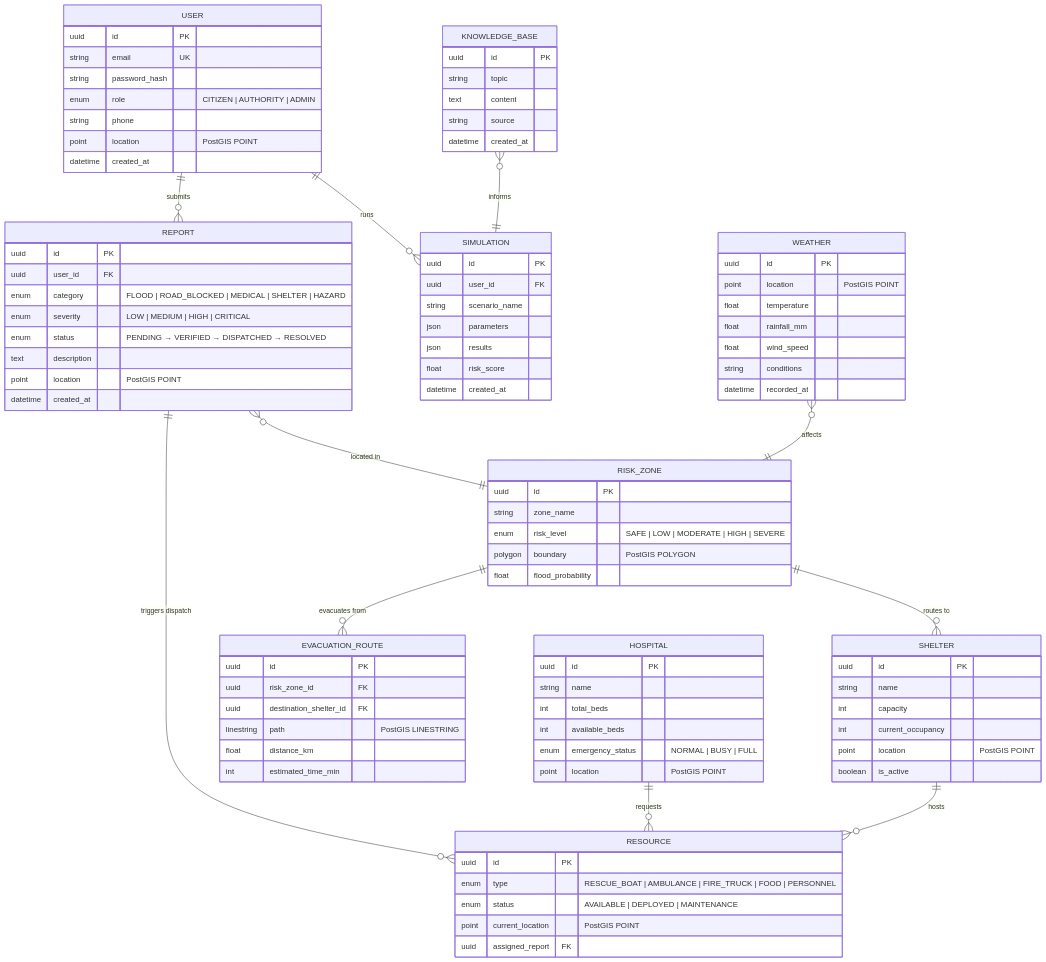
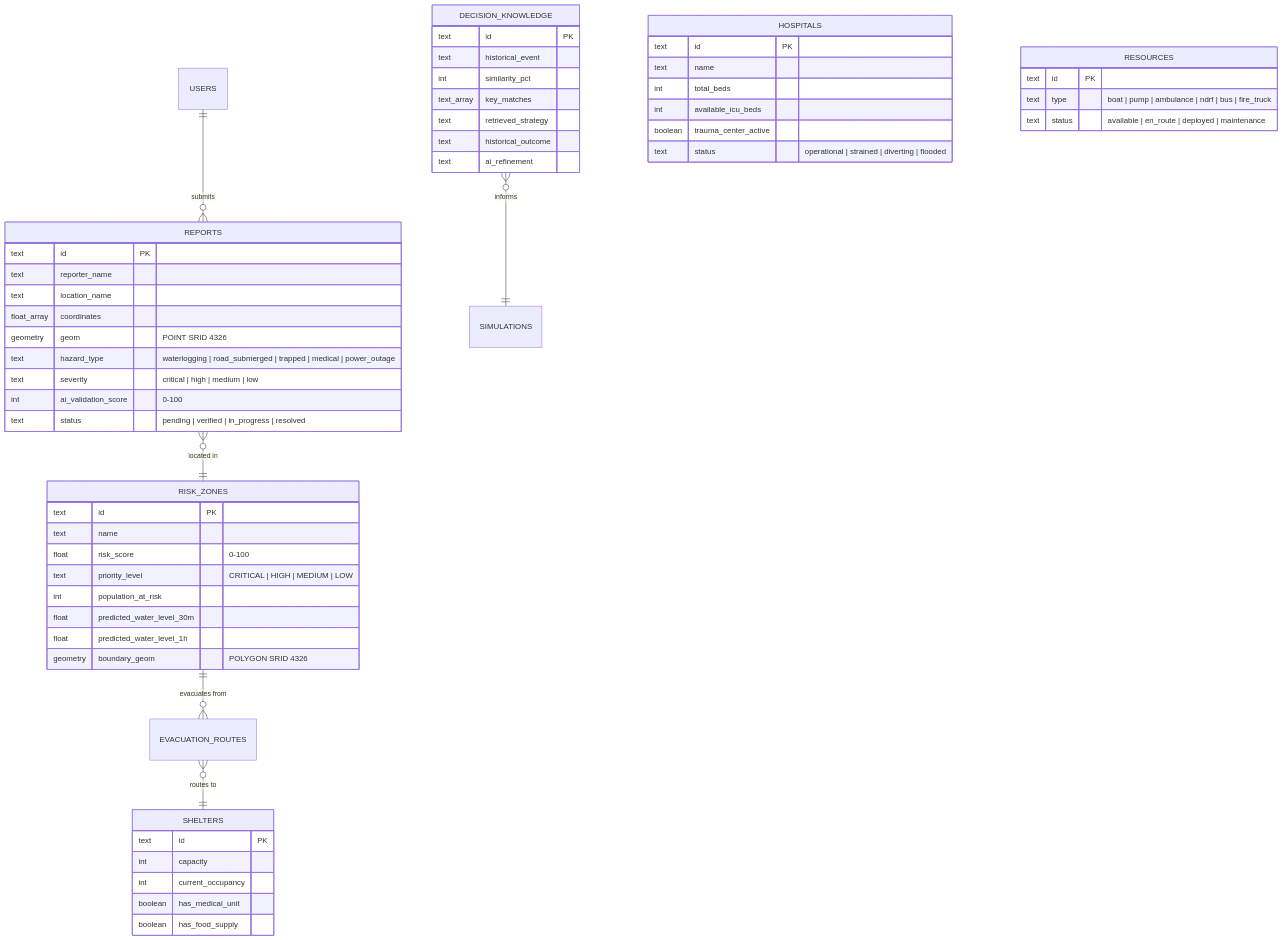
The fourth of 4 diagrams in README.md (goprocker/ResponseSync), drawn with Mermaid before and after one commit. The commit also changed other lines of this file and 1 other file, not shown here.

Commit message:
docs(architecture): update README and fix dashboard tab routing

````diff
--- a/README.md
+++ b/README.md
@@ -198,109 +570,64 @@
 ```mermaid
 erDiagram
-    USER ||--o{ REPORT : "submits"
-    USER ||--o{ SIMULATION : "runs"
+    USERS ||--o{ REPORTS : "submits"
+    REPORTS }o--|| RISK_ZONES : "located in"
+    RISK_ZONES ||--o{ EVACUATION_ROUTES : "evacuates from"
+    EVACUATION_ROUTES }o--|| SHELTERS : "routes to"
+    DECISION_KNOWLEDGE }o--|| SIMULATIONS : "informs"
 
-    REPORT ||--o{ RESOURCE : "triggers dispatch"
-    REPORT }o--|| RISK_ZONE : "located in"
-
-    RISK_ZONE ||--o{ EVACUATION_ROUTE : "evacuates from"
-    RISK_ZONE ||--o{ SHELTER : "routes to"
-
-    SHELTER ||--o{ RESOURCE : "hosts"
-    HOSPITAL ||--o{ RESOURCE : "requests"
-
-    WEATHER }o--|| RISK_ZONE : "affects"
-    KNOWLEDGE_BASE }o--|| SIMULATION : "informs"
-
-    USER {
-        uuid id PK
-        string email UK
-        string password_hash
-        enum role "CITIZEN | AUTHORITY | ADMIN"
-        string phone
-        point location "PostGIS POINT"
-        datetime created_at
+    REPORTS {
+        text id PK
+        text reporter_name
+        text location_name
+        float_array coordinates
+        geometry geom "POINT SRID 4326"
+        text hazard_type "waterlogging | road_submerged | trapped | medical | power_outage"
+        text severity "critical | high | medium | low"
+        int ai_validation_score "0-100"
+        text status "pending | verified | in_progress | resolved"
     }
 
-    REPORT {
-        uuid id PK
-        uuid user_id FK
-        enum category "FLOOD | ROAD_BLOCKED | MEDICAL | SHELTER | HAZARD"
-        enum severity "LOW | MEDIUM | HIGH | CRITICAL"
-        enum status "PENDING → VERIFIED → DISPATCHED → RESOLVED"
-        text description
-        point location "PostGIS POINT"
-        datetime created_at
+    RISK_ZONES {
+        text id PK
+        text name
+        float risk_score "0-100"
+        text priority_level "CRITICAL | HIGH | MEDIUM | LOW"
+        int population_at_risk
+        float predicted_water_level_30m
+        float predicted_water_level_1h
+        geometry boundary_geom "POLYGON SRID 4326"
     }
 
-    RESOURCE {
-        uuid id PK
-        enum type "RESCUE_BOAT | AMBULANCE | FIRE_TRUCK | FOOD | PERSONNEL"
-        enum status "AVAILABLE | DEPLOYED | MAINTENANCE"
-        point current_location "PostGIS POINT"
-        uuid assigned_report FK
+    HOSPITALS {
+        text id PK
+        text name
+        int total_beds
+        int available_icu_beds
+        boolean trauma_center_active
+        text status "operational | strained | diverting | flooded"
     }
 
-    SHELTER {
-        uuid id PK
-        string name
+    DECISION_KNOWLEDGE {
+        text id PK
+        text historical_event
+        int similarity_pct
+        text_array key_matches
+        text retrieved_strategy
+        text historical_outcome
+        text ai_refinement
+    }
+
+    RESOURCES {
+        text id PK
+        text type "boat | pump | ambulance | ndrf | bus | fire_truck"
+        text status "available | en_route | deployed | maintenance"
+    }
+
+    SHELTERS {
+        text id PK
         int capacity
         int current_occupancy
-        point location "PostGIS POINT"
-        boolean is_active
-    }
-
-    HOSPITAL {
-        uuid id PK
-        string name
-        int total_beds
-        int available_beds
-        enum emergency_status "NORMAL | BUSY | FULL"
-        point location "PostGIS POINT"
-    }
-
-    RISK_ZONE {
-        uuid id PK
-        string zone_name
-        enum risk_level "SAFE | LOW | MODERATE | HIGH | SEVERE"
-        polygon boundary "PostGIS POLYGON"
-        float flood_probability
-    }
-
-    EVACUATION_ROUTE {
-        uuid id PK
-        uuid risk_zone_id FK
-        uuid destination_shelter_id FK
-        linestring path "PostGIS LINESTRING"
-        float distance_km
-        int estimated_time_min
-    }
-
-    WEATHER {
-        uuid id PK
-        point location "PostGIS POINT"
-        float temperature
-        float rainfall_mm
-        float wind_speed
-        string conditions
-        datetime recorded_at
-    }
-
-    SIMULATION {
-        uuid id PK
-        uuid user_id FK
-        string scenario_name
-        json parameters
-        json results
-        float risk_score
-        datetime created_at
-    }
-
-    KNOWLEDGE_BASE {
-        uuid id PK
-        string topic
-        text content
-        string source
-        datetime created_at
+        boolean has_medical_unit
+        boolean has_food_supply
     }
 ```
````
